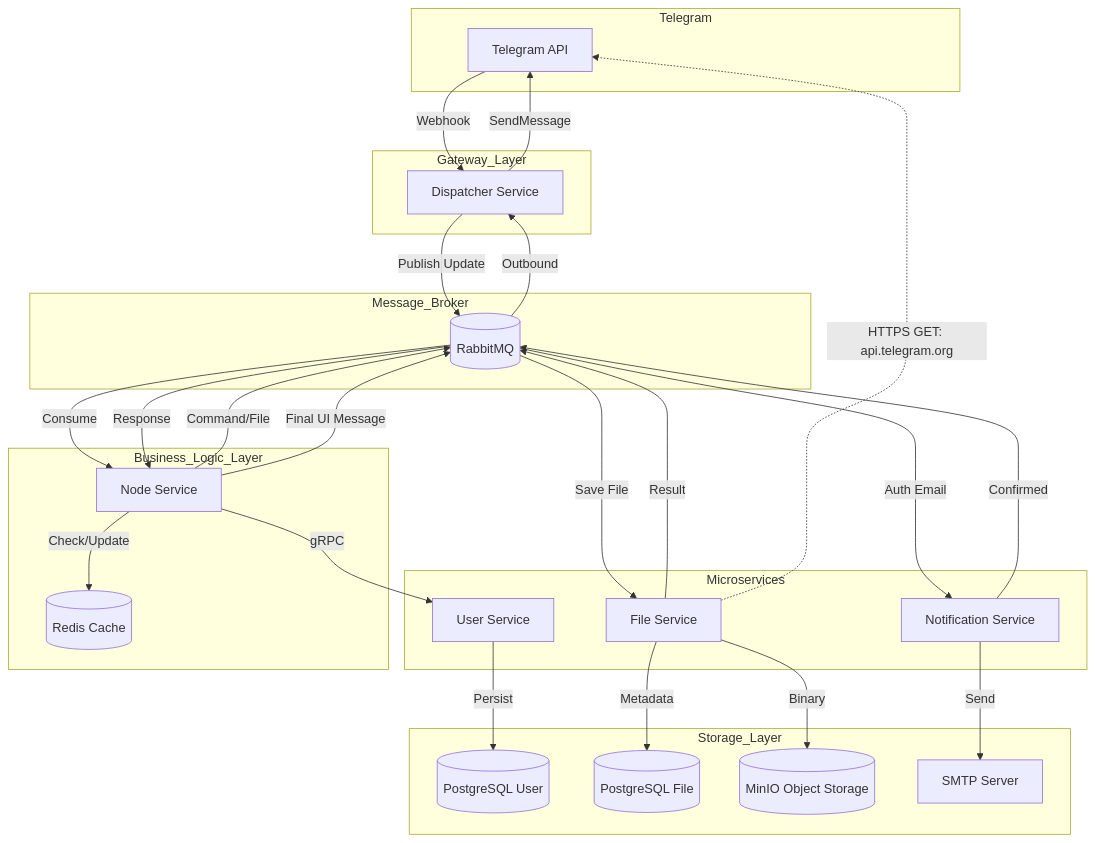
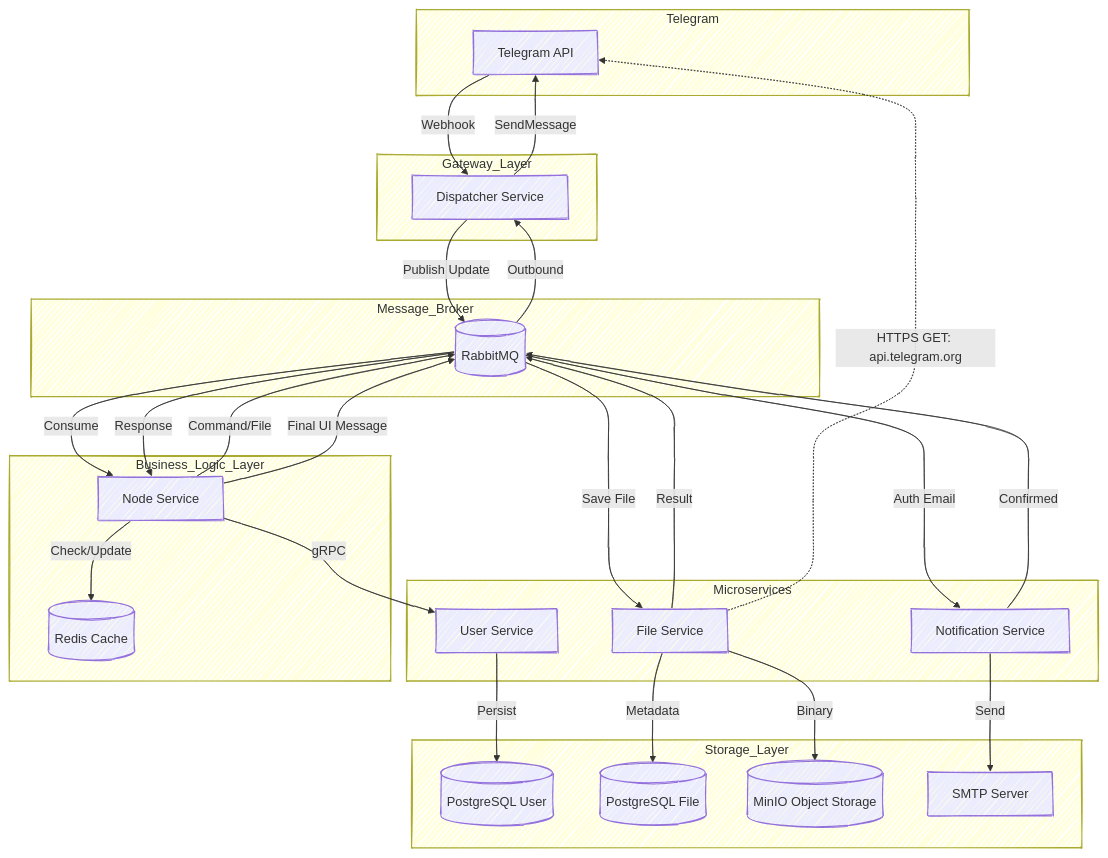
The diagram in ARCHITECTURE.md (pro-vitaliy/tgshare), drawn with Mermaid before and after one commit.

Commit message:
Add high-level architecture diagram in Mermaid format

````diff
--- a/ARCHITECTURE.md
+++ b/ARCHITECTURE.md
@@ -32,59 +32,60 @@
 ```mermaid
+%%{init: {'look': 'handDrawn'}}%%
 graph TD
     subgraph Telegram
         TG[Telegram API]
     end
 
     subgraph Gateway_Layer
         Disp[Dispatcher Service]
     end
 
     subgraph Message_Broker
         Rabbit[(RabbitMQ)]
     end
 
     subgraph Microservices
         FileS[File Service]
         NotifS[Notification Service]
         UserS[User Service]
     end
 
     subgraph Business_Logic_Layer
         Node[Node Service]
         Redis[(Redis Cache)]
     end
 
     subgraph Storage_Layer
         DB_U[(PostgreSQL User)]
         DB_F[(PostgreSQL File)]
         S3[(MinIO Object Storage)]
         Mail[SMTP Server]
     end
 
     %% Flow
     TG -- Webhook --> Disp
     Disp -- Publish Update --> Rabbit
     Rabbit -- Consume --> Node
     
     Node -- Check/Update --> Redis
     UserS -- Persist --> DB_U
     
     Node -- Command/File --> Rabbit
     Rabbit -- Auth Email --> NotifS
     NotifS -- Send --> Mail
     
     Node -- gRPC --> UserS
     Rabbit -- Save File --> FileS
     FileS -- Metadata --> DB_F
     FileS -- Binary --> S3
     
     FileS -- Result --> Rabbit
     NotifS -- Confirmed --> Rabbit
     Rabbit -- Response --> Node
     Node -- Final UI Message --> Rabbit
     Rabbit -- Outbound --> Disp
     Disp -- SendMessage --> TG
 
     %% Исходящий вызов к внешнему API
     FileS -.->|HTTPS GET: api.telegram.org| TG
 ```
````
